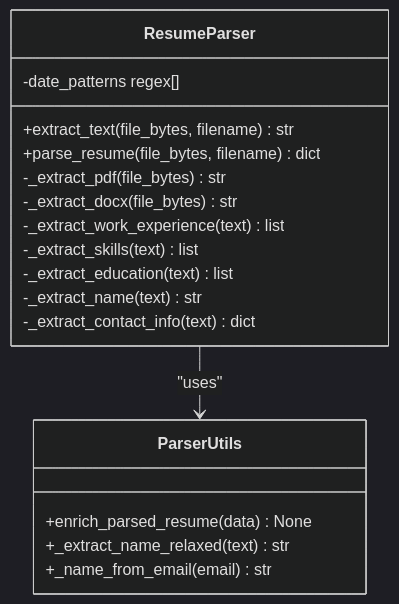
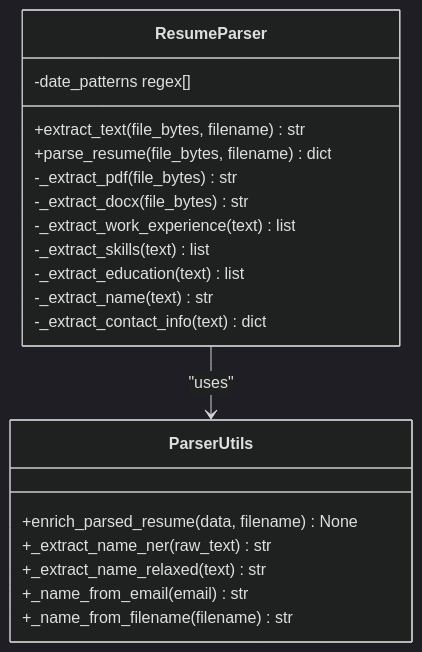
Before and after one commit to Revanththetalogics/aireume: the third of 8 diagrams in .qoder/repowiki/en/content/Candidate Management/Resume Parsing and Extraction.md, drawn with Mermaid (dark theme). The commit also changed other lines of this file and 6 other files, not shown here.

````diff
--- a/.qoder/repowiki/en/content/Candidate Management/Resume Parsing and Extraction.md
+++ b/.qoder/repowiki/en/content/Candidate Management/Resume Parsing and Extraction.md
@@ -140,21 +153,23 @@
 ```mermaid
 classDiagram
 class ResumeParser {
 +extract_text(file_bytes, filename) str
 +parse_resume(file_bytes, filename) dict
 -_extract_pdf(file_bytes) str
 -_extract_docx(file_bytes) str
 -_extract_work_experience(text) list
 -_extract_skills(text) list
 -_extract_education(text) list
 -_extract_name(text) str
 -_extract_contact_info(text) dict
 -date_patterns regex[]
 }
 class ParserUtils {
-+enrich_parsed_resume(data) None
++enrich_parsed_resume(data, filename) None
++_extract_name_ner(raw_text) str
 +_extract_name_relaxed(text) str
 +_name_from_email(email) str
++_name_from_filename(filename) str
 }
 ResumeParser --> ParserUtils : "uses"
 ```
````
